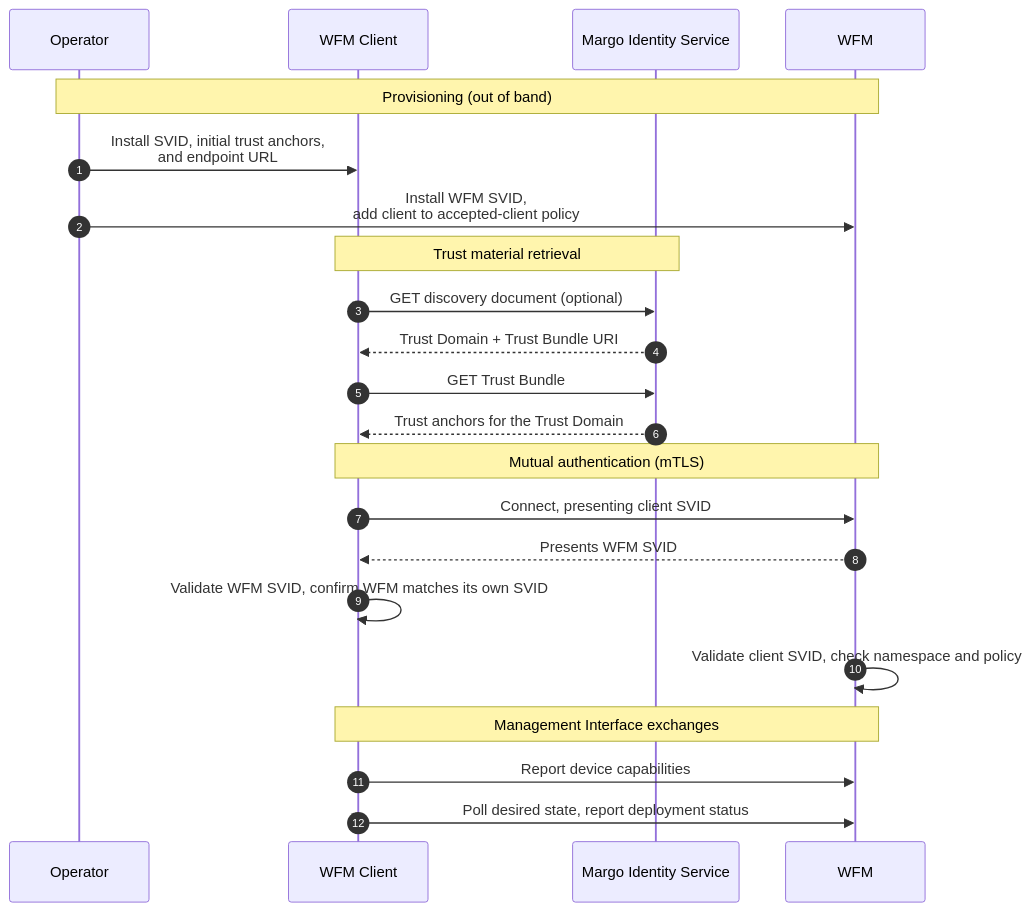
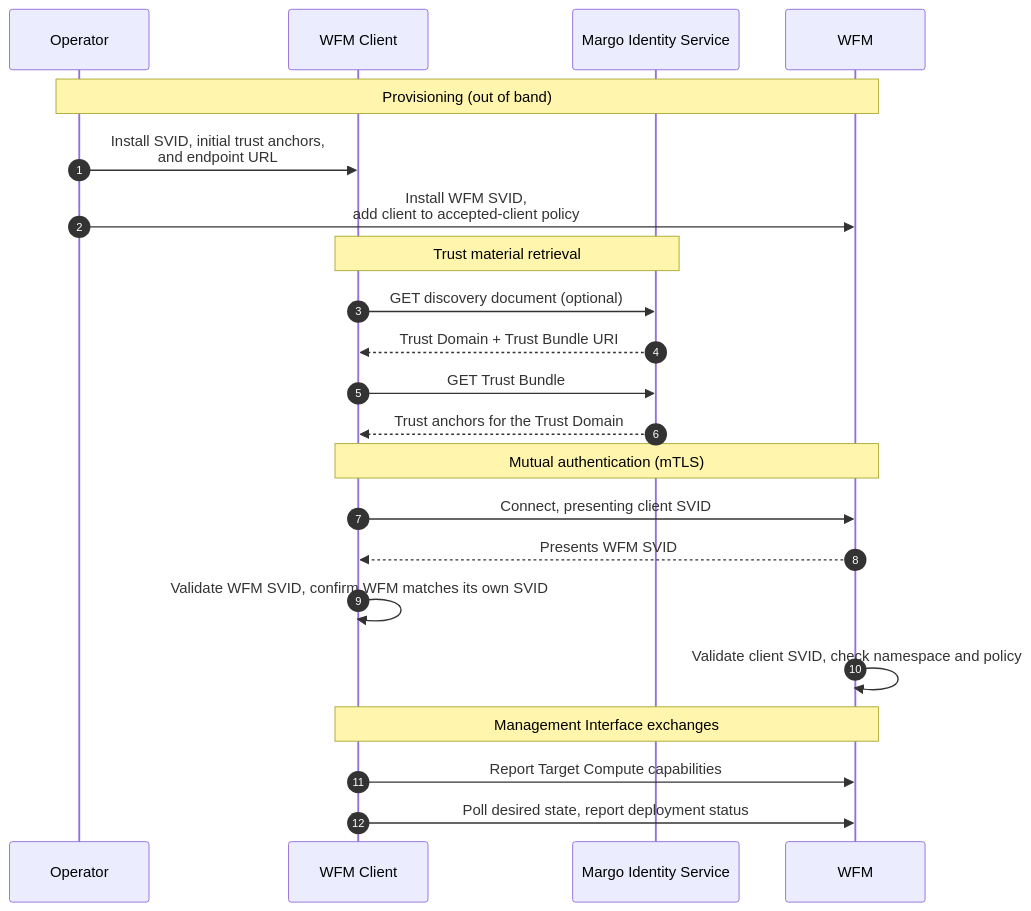
Before and after one commit to margo/general_website_content: the diagram in system-design/concepts/workload-fleet-managers/wfm-client-onboarding.md, drawn with Mermaid. The commit also changed other lines of this file and 11 other files, not shown here.

Commit message:
Initial changes for review moving from hardcoded "Device" to more generic Target name and Target compute surfaces. More changes to come, but want this chunk out for review at this time.

````diff
--- a/system-design/concepts/workload-fleet-managers/wfm-client-onboarding.md
+++ b/system-design/concepts/workload-fleet-managers/wfm-client-onboarding.md
@@ -38,28 +40,28 @@
 ```mermaid
 sequenceDiagram
     autonumber
     participant Operator
     participant Client as WFM Client
     participant MIS as Margo Identity Service
     participant WFM
 
     Note over Operator,WFM: Provisioning (out of band)
     Operator->>Client: Install SVID, initial trust anchors,<br/>and endpoint URL
     Operator->>WFM: Install WFM SVID,<br/>add client to accepted-client policy
 
     Note over Client,MIS: Trust material retrieval
     Client->>MIS: GET discovery document (optional)
     MIS-->>Client: Trust Domain + Trust Bundle URI
     Client->>MIS: GET Trust Bundle
     MIS-->>Client: Trust anchors for the Trust Domain
 
     Note over Client,WFM: Mutual authentication (mTLS)
     Client->>WFM: Connect, presenting client SVID
     WFM-->>Client: Presents WFM SVID
     Client->>Client: Validate WFM SVID, confirm WFM matches its own SVID
     WFM->>WFM: Validate client SVID, check namespace and policy
 
     Note over Client,WFM: Management Interface exchanges
-    Client->>WFM: Report device capabilities
+    Client->>WFM: Report Target Compute capabilities
     Client->>WFM: Poll desired state, report deployment status
 ```
````
